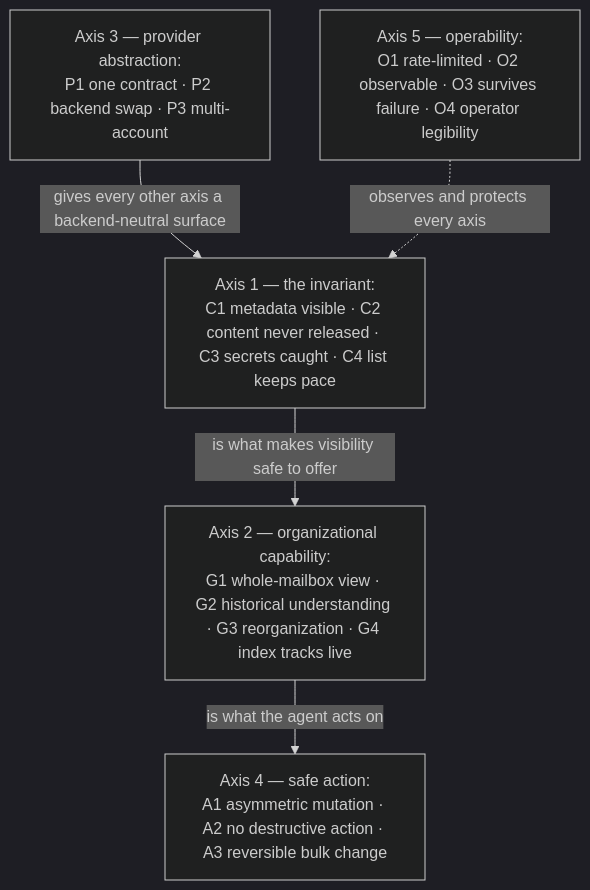
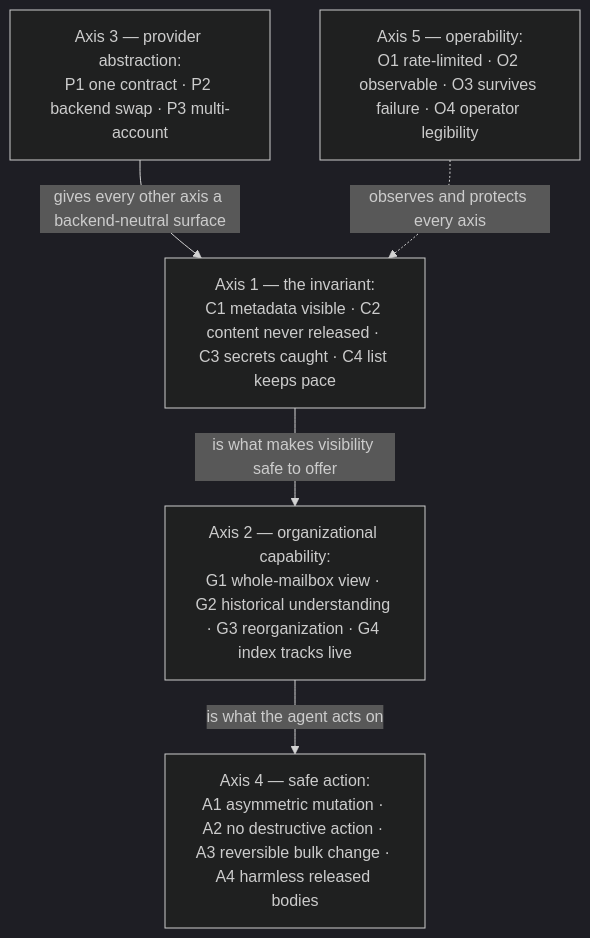
One commit to ppat/mediated-mailbox-mcp changed the diagram in USE_CASES.md. Above: the diagram before and after it, drawn with Mermaid (dark theme). The commit also changed other lines of this file and 9 other files, not shown here.

First line of the commit message:
docs: record outcome A4; ADR-0036 supersedes ADR-0029 — released bodies are clean Markdown (#17)

````diff
--- a/USE_CASES.md
+++ b/USE_CASES.md
@@ -72,12 +72,12 @@
 ```mermaid
 flowchart TB
     C["Axis 1 — the invariant:<br/>C1 metadata visible · C2 content never released · C3 secrets caught · C4 list keeps pace"]
     G["Axis 2 — organizational capability:<br/>G1 whole-mailbox view · G2 historical understanding · G3 reorganization · G4 index tracks live"]
     P["Axis 3 — provider abstraction:<br/>P1 one contract · P2 backend swap · P3 multi-account"]
-    A["Axis 4 — safe action:<br/>A1 asymmetric mutation · A2 no destructive action · A3 reversible bulk change"]
+    A["Axis 4 — safe action:<br/>A1 asymmetric mutation · A2 no destructive action · A3 reversible bulk change · A4 harmless released bodies"]
     O["Axis 5 — operability:<br/>O1 rate-limited · O2 observable · O3 survives failure · O4 operator legibility"]
     P -->|"gives every other axis a backend-neutral surface"| C
     C -->|"is what makes visibility safe to offer"| G
     G -->|"is what the agent acts on"| A
     O -.->|"observes and protects every axis"| C
 ```
````
